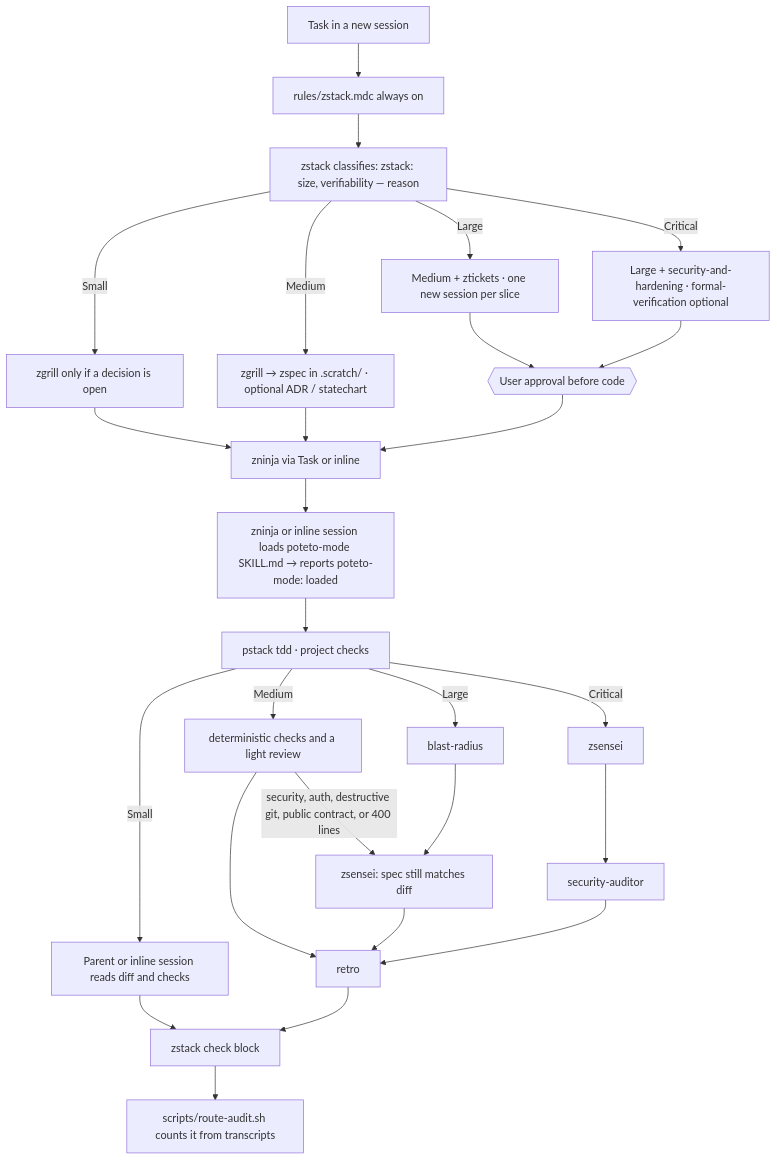
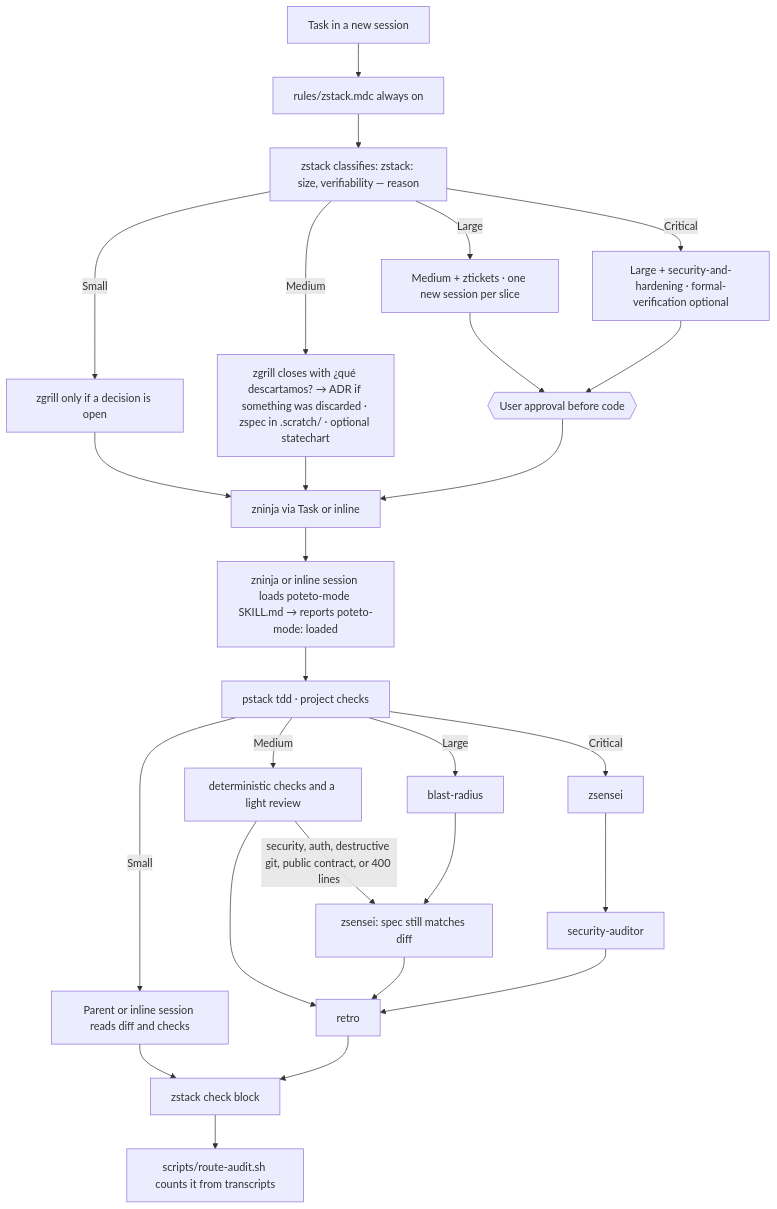
One commit to Byevenes/agent-workflow changed the diagram in docs/software-factory.md. Above: the diagram before and after it, drawn with Mermaid. The commit also changed 2 other files, not shown here.

Commit message:
feat(zgrill): close every grill with a fixed question and an ADR (#124)

````diff
--- a/docs/software-factory.md
+++ b/docs/software-factory.md
@@ -5,27 +5,27 @@
 ```mermaid
 flowchart TD
   task[Task in a new session] --> rule[rules/zstack.mdc always on]
   rule --> rw[zstack classifies: zstack: size, verifiability — reason]
   rw -->|Small| sPlan[zgrill only if a decision is open]
-  rw -->|Medium| mPlan[zgrill → zspec in .scratch/ · optional ADR / statechart]
+  rw -->|Medium| mPlan[zgrill closes with ¿qué descartamos? → ADR if something was discarded · zspec in .scratch/ · optional statechart]
   rw -->|Large| lPlan[Medium + ztickets · one new session per slice]
   rw -->|Critical| cPlan[Large + security-and-hardening · formal-verification optional]
   lPlan --> gate{{User approval before code}}
   cPlan --> gate
   sPlan --> impl
   mPlan --> impl
   gate --> impl[zninja via Task or inline]
   impl --> pm[zninja or inline session loads poteto-mode SKILL.md → reports poteto-mode: loaded]
   pm --> tdd[pstack tdd · project checks]
   tdd -->|Small| done[Parent or inline session reads diff and checks]
   tdd -->|Medium| light[deterministic checks and a light review]
   light -->|security, auth, destructive git, public contract, or 400 lines| cr
   tdd -->|Large| br[blast-radius] --> cr[zsensei: spec still matches diff]
   tdd -->|Critical| cr2[zsensei] --> sa[security-auditor]
   light --> retro[retro]
   cr --> retro
   sa --> retro
   done --> check[zstack check block]
   retro --> check
   check --> audit[scripts/route-audit.sh counts it from transcripts]
 ```
````
